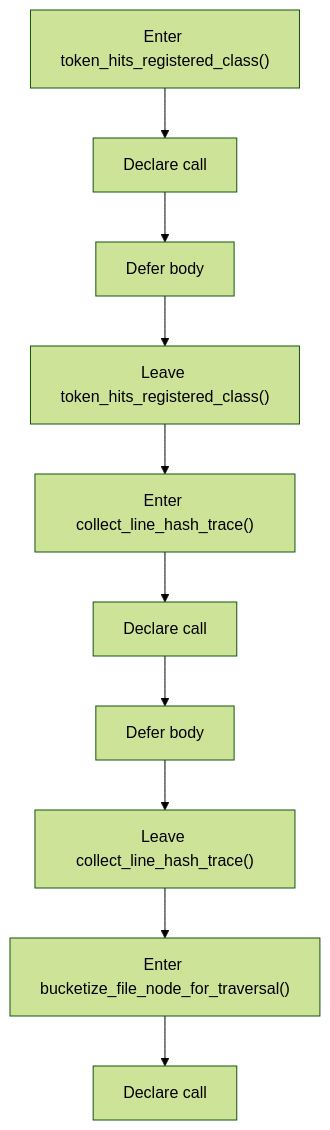
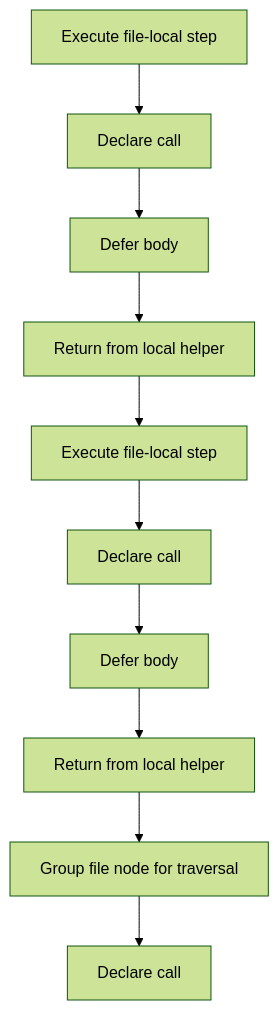
One commit to JohnAndrewBalbarosa/NeoTerritory changed the second of 5 diagrams in docs/Codebase/Microservice/Modules/Header/SyntacticBrokenAST/Trees/Actual/Internal/Flow/parse_tree_internal_program_flow_02.hpp.md. Above: the diagram before and after it, drawn with Mermaid (forest theme). The commit also changed other lines of this file and 915 other files, not shown here.

````diff
--- a/docs/Codebase/Microservice/Modules/Header/SyntacticBrokenAST/Trees/Actual/Internal/Flow/parse_tree_internal_program_flow_02.hpp.md
+++ b/docs/Codebase/Microservice/Modules/Header/SyntacticBrokenAST/Trees/Actual/Internal/Flow/parse_tree_internal_program_flow_02.hpp.md
@@ -35,22 +35,22 @@
 ```mermaid
 flowchart TD
-    N0["Enter token_hits_registered_class()"]
+    N0["Execute file-local step"]
     N1["Declare call"]
     N2["Defer body"]
-    N3["Leave token_hits_registered_class()"]
-    N4["Enter collect_line_hash_trace()"]
+    N3["Return from local helper"]
+    N4["Execute file-local step"]
     N5["Declare call"]
     N6["Defer body"]
-    N7["Leave collect_line_hash_trace()"]
-    N8["Enter bucketize_file_node_for_traversal()"]
+    N7["Return from local helper"]
+    N8["Group file node for traversal"]
     N9["Declare call"]
     N0 --> N1
     N1 --> N2
     N2 --> N3
     N3 --> N4
     N4 --> N5
     N5 --> N6
     N6 --> N7
     N7 --> N8
     N8 --> N9
 ```
````
